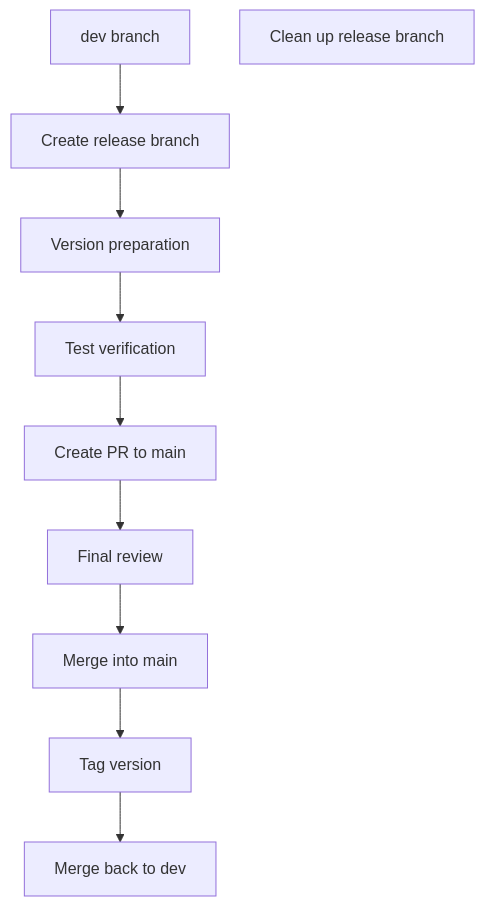
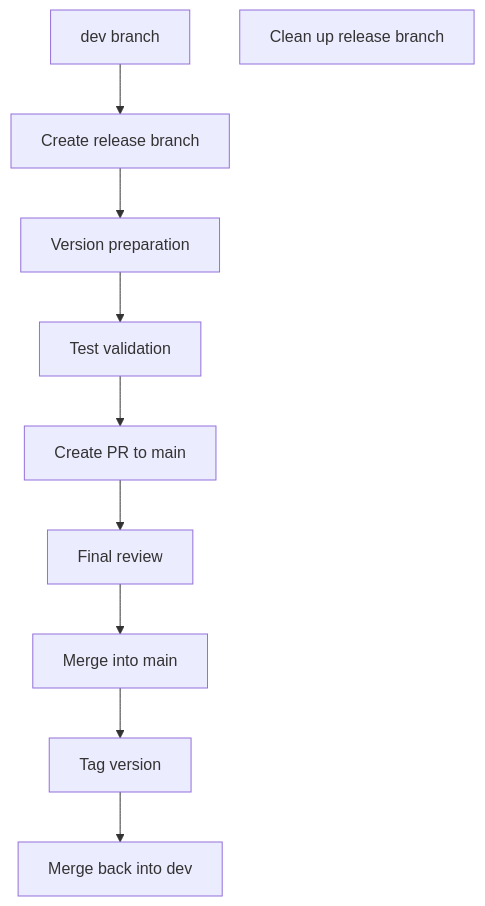
The third of 3 diagrams in docs/src/en/dev/branch-maintenance-guide.md (ChenXu233/YaoXiang), drawn with Mermaid before and after one commit. The commit also changed other lines of this file and 103 other files, not shown here.

````diff
--- a/docs/src/en/dev/branch-maintenance-guide.md
+++ b/docs/src/en/dev/branch-maintenance-guide.md
@@ -182,12 +182,12 @@
 ```mermaid
 graph TD
     A[dev branch] --> B[Create release branch]
     B --> C[Version preparation]
-    C --> D[Test verification]
+    C --> D[Test validation]
     D --> E[Create PR to main]
     E --> F[Final review]
     F --> G[Merge into main]
     G --> H[Tag version]
-    H --> I[Merge back to dev]
+    H --> I[Merge back into dev]
     J[Clean up release branch]
 ```
````
